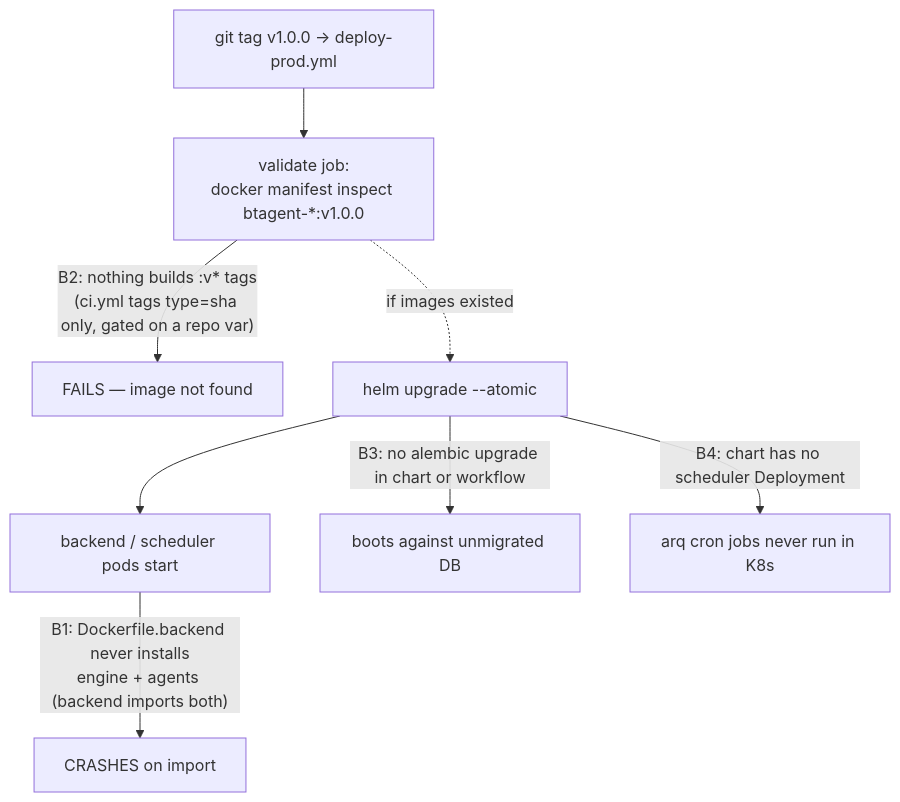
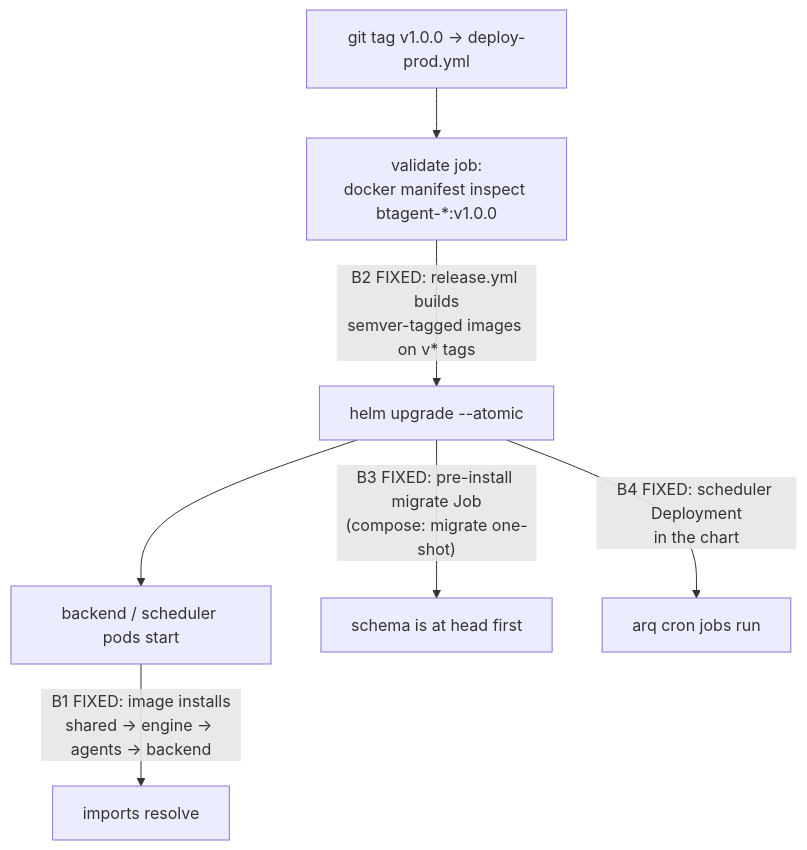
One commit to nickatnight96/BTagent changed the diagram in docs/DEPLOYMENT_PLAN.md. Above: the diagram before and after it, drawn with Mermaid. The commit also changed other lines of this file and 63 other files, not shown here.

````diff
--- a/docs/DEPLOYMENT_PLAN.md
+++ b/docs/DEPLOYMENT_PLAN.md
@@ -27,10 +42,9 @@
 ```mermaid
 flowchart TD
     tag["git tag v1.0.0 → deploy-prod.yml"] --> val["validate job:<br/>docker manifest inspect btagent-*:v1.0.0"]
-    val -->|"B2: nothing builds :v* tags<br/>(ci.yml tags type=sha only, gated on a repo var)"| fail1["FAILS — image not found"]
-    val -.->|"if images existed"| deploy["helm upgrade --atomic"]
+    val -->|"B2 FIXED: release.yml builds<br/>semver-tagged images on v* tags"| deploy["helm upgrade --atomic"]
     deploy --> pod["backend / scheduler pods start"]
-    pod -->|"B1: Dockerfile.backend never installs<br/>engine + agents (backend imports both)"| fail2["CRASHES on import"]
-    deploy -->|"B3: no alembic upgrade in chart or workflow"| fail3["boots against unmigrated DB"]
-    deploy -->|"B4: chart has no scheduler Deployment"| fail4["arq cron jobs never run in K8s"]
+    pod -->|"B1 FIXED: image installs<br/>shared → engine → agents → backend"| ok1["imports resolve"]
+    deploy -->|"B3 FIXED: pre-install migrate Job<br/>(compose: migrate one-shot)"| ok2["schema is at head first"]
+    deploy -->|"B4 FIXED: scheduler Deployment<br/>in the chart"| ok3["arq cron jobs run"]
 ```
````
